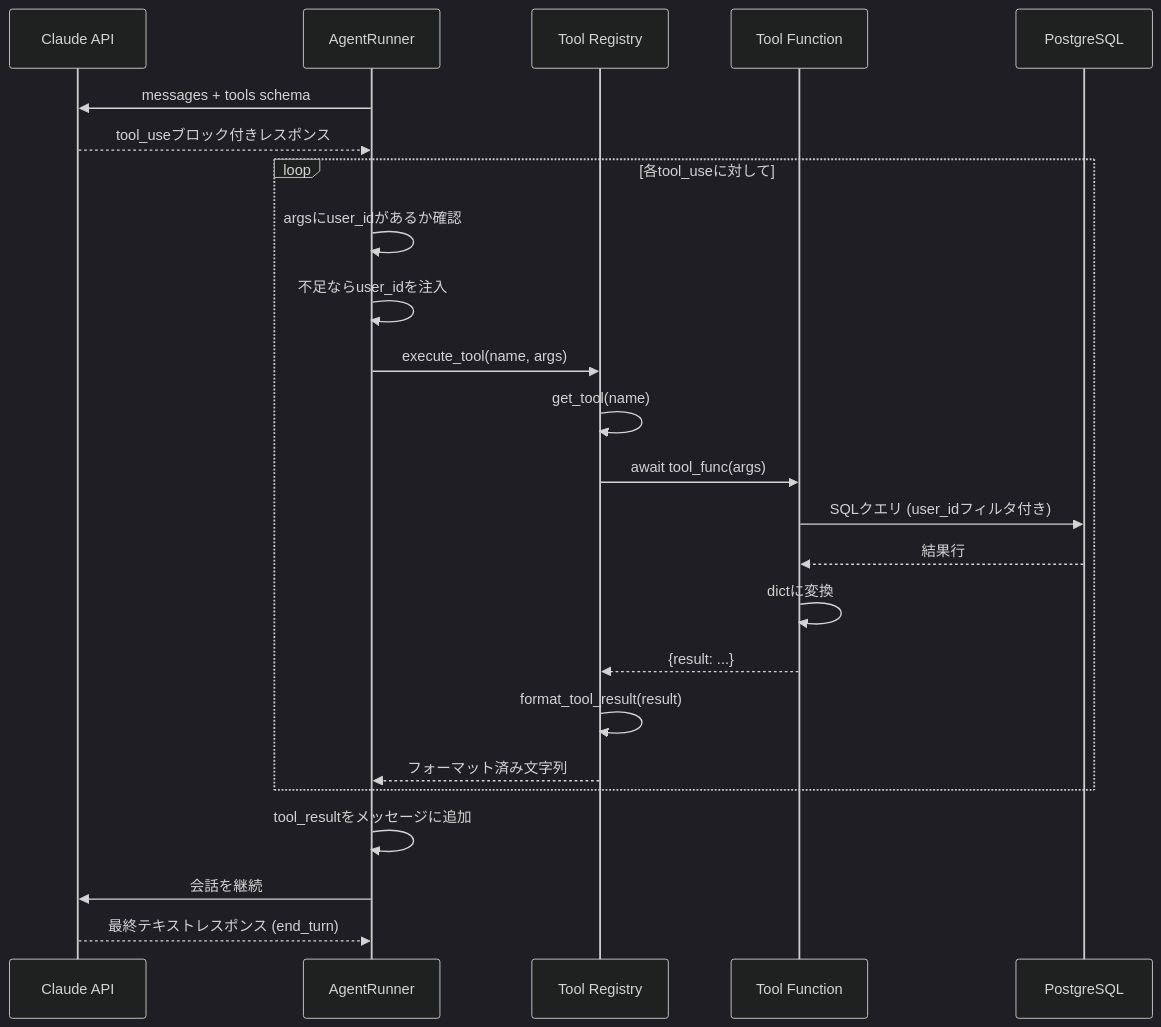
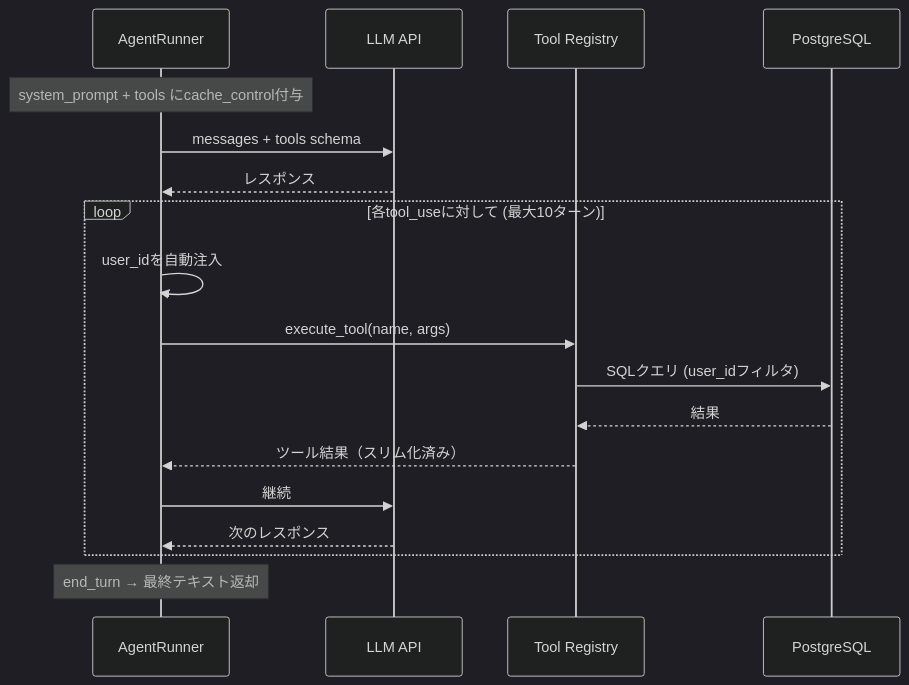
One commit to yu-min3/kensan changed the third of 12 diagrams in kensan-ai/ARCHITECTURE.md. Above: the diagram before and after it, drawn with Mermaid (dark theme). The commit also changed other lines of this file and 117 other files, not shown here.

````diff
--- a/kensan-ai/ARCHITECTURE.md
+++ b/kensan-ai/ARCHITECTURE.md
@@ -268,29 +169,23 @@
 ```mermaid
 sequenceDiagram
-    participant Claude as Claude API
     participant Agent as AgentRunner
-    participant Registry as Tool Registry
-    participant Tool as Tool Function
+    participant LLM as LLM API
+    participant Tools as Tool Registry
     participant DB as PostgreSQL
 
-    Agent->>Claude: messages + tools schema
-    Claude-->>Agent: tool_useブロック付きレスポンス
+    Note over Agent: system_prompt + tools にcache_control付与
+    Agent->>LLM: messages + tools schema
+    LLM-->>Agent: レスポンス
 
-    loop 各tool_useに対して
-        Agent->>Agent: argsにuser_idがあるか確認
-        Agent->>Agent: 不足ならuser_idを注入
-        Agent->>Registry: execute_tool(name, args)
-        Registry->>Registry: get_tool(name)
-        Registry->>Tool: await tool_func(args)
-        Tool->>DB: SQLクエリ (user_idフィルタ付き)
-        DB-->>Tool: 結果行
-        Tool->>Tool: dictに変換
-        Tool-->>Registry: {result: ...}
-        Registry->>Registry: format_tool_result(result)
-        Registry-->>Agent: フォーマット済み文字列
+    loop 各tool_useに対して (最大10ターン)
+        Agent->>Agent: user_idを自動注入
+        Agent->>Tools: execute_tool(name, args)
+        Tools->>DB: SQLクエリ (user_idフィルタ)
+        DB-->>Tools: 結果
+        Tools-->>Agent: ツール結果（スリム化済み）
+        Agent->>LLM: 継続
+        LLM-->>Agent: 次のレスポンス
     end
 
-    Agent->>Agent: tool_resultをメッセージに追加
-    Agent->>Claude: 会話を継続
-    Claude-->>Agent: 最終テキストレスポンス (end_turn)
+    Note over Agent: end_turn → 最終テキスト返却
 ```
````
